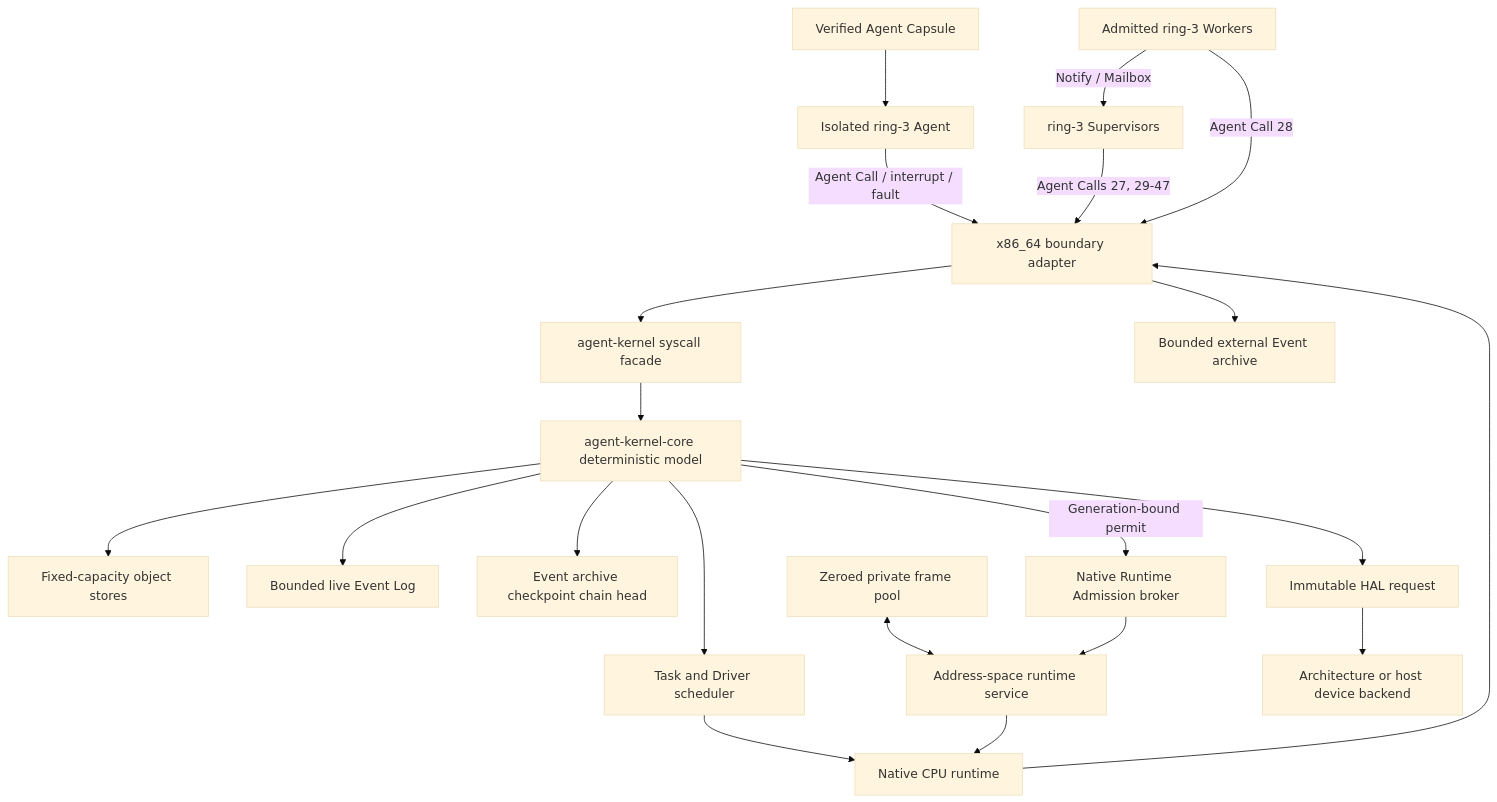
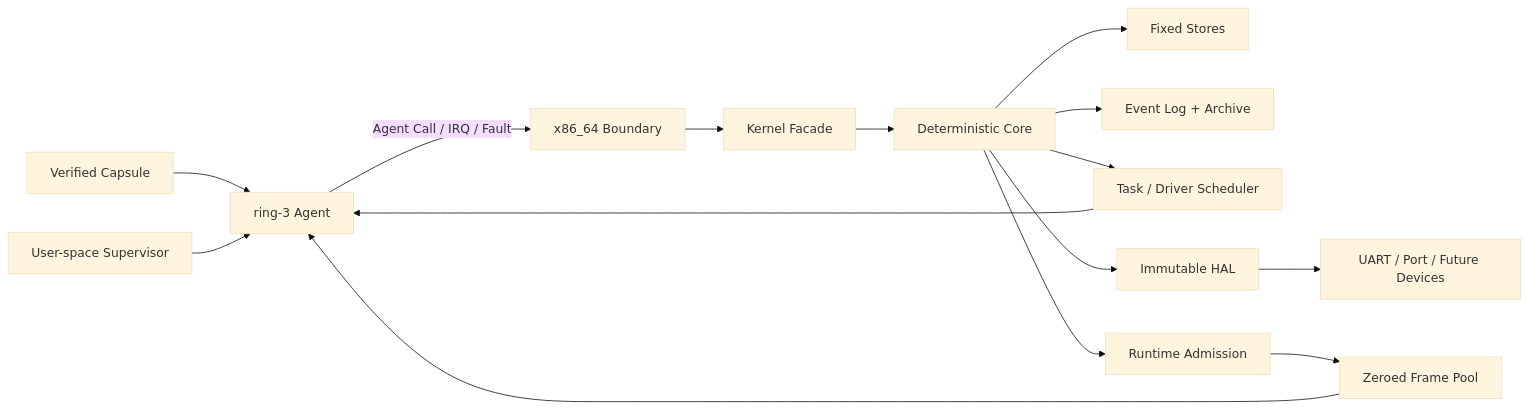
The diagram in README.md (Evan-master/agent-kernel), drawn with Mermaid (base theme) before and after one commit. The commit also changed other lines of this file and 1 other file, not shown here.

````diff
--- a/README.md
+++ b/README.md
@@ -322,23 +94,17 @@
 ```mermaid
-flowchart TB
-    Capsule["Verified Agent Capsule"] --> Ring3["Isolated ring-3 Agent"]
-    Ring3 -->|"Agent Call / interrupt / fault"| X86["x86_64 boundary adapter"]
-    X86 --> Facade["agent-kernel syscall facade"]
-    Facade --> Core["agent-kernel-core deterministic model"]
-    Core --> Stores["Fixed-capacity object stores"]
-    Core --> Events["Bounded live Event Log"]
-    Core --> ArchiveHead["Event archive checkpoint chain head"]
-    Core --> Scheduler["Task and Driver scheduler"]
-    Scheduler --> Runtime["Native CPU runtime"]
-    Runtime --> X86
-    FramePool["Zeroed private frame pool"] <--> AddressService["Address-space runtime service"]
-    Broker["Native Runtime Admission broker"] --> AddressService
-    Core -->|"Generation-bound permit"| Broker
-    AddressService --> Runtime
-    X86 --> Archive["Bounded external Event archive"]
-    Core --> HAL["Immutable HAL request"]
-    HAL --> Device["Architecture or host device backend"]
-    Supervisor["ring-3 Supervisors"] -->|"Agent Calls 27, 29-47"| X86
-    Workers["Admitted ring-3 Workers"] -->|"Agent Call 28"| X86
-    Workers -->|"Notify / Mailbox"| Supervisor
+flowchart LR
+    Capsule["Verified Capsule"] --> Ring3["ring-3 Agent"]
+    Ring3 -->|"Agent Call / IRQ / Fault"| X86["x86_64 Boundary"]
+    X86 --> Facade["Kernel Facade"]
+    Facade --> Core["Deterministic Core"]
+    Core --> Stores["Fixed Stores"]
+    Core --> Events["Event Log + Archive"]
+    Core --> Scheduler["Task / Driver Scheduler"]
+    Scheduler --> Ring3
+    Core --> HAL["Immutable HAL"]
+    HAL --> Hardware["UART / Port / Future Devices"]
+    Core --> Broker["Runtime Admission"]
+    Broker --> Frames["Zeroed Frame Pool"]
+    Frames --> Ring3
+    Supervisor["User-space Supervisor"] --> Ring3
 ```
````
